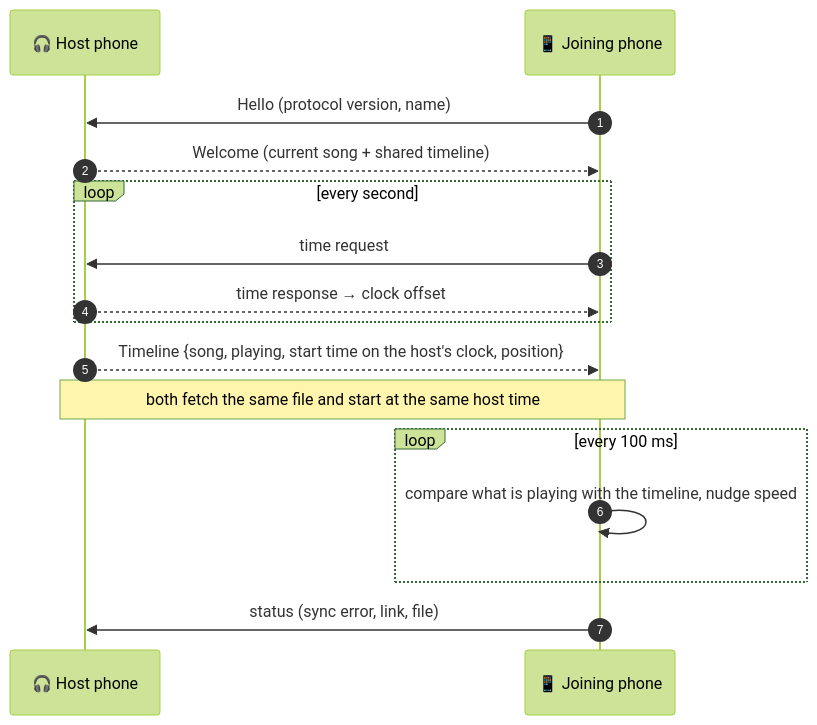
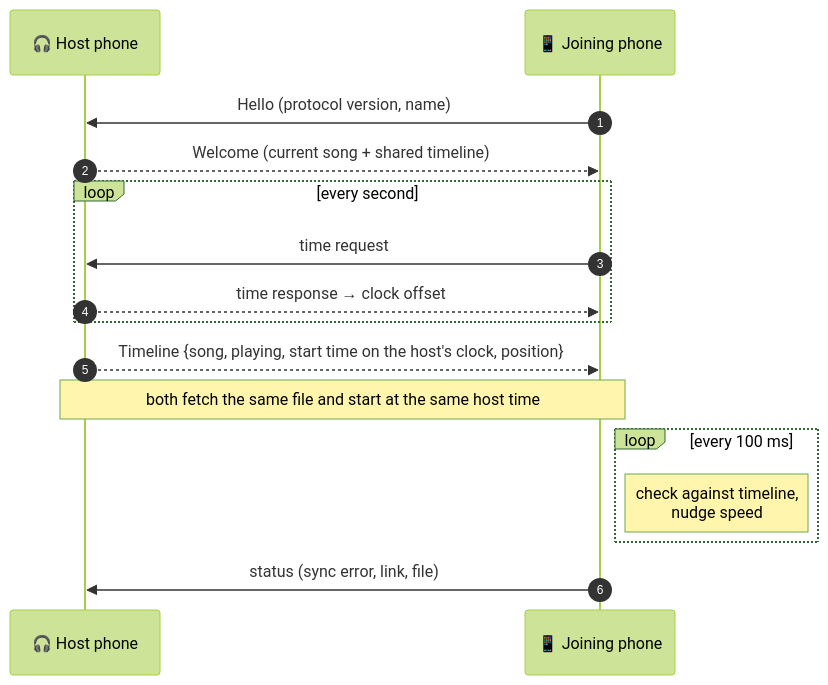
Before and after one commit to priencelucifer/SongSync-Kotlin: the first of 2 diagrams in README.md, drawn with Mermaid (forest theme).

Commit message:
README: cleaner closed-loop note in the sync diagram

````diff
--- a/README.md
+++ b/README.md
@@ -64,18 +64,18 @@
 ```mermaid
 sequenceDiagram
     autonumber
     participant H as 🎧 Host phone
     participant P as 📱 Joining phone
     P->>H: Hello (protocol version, name)
     H-->>P: Welcome (current song + shared timeline)
     loop every second
         P->>H: time request
         H-->>P: time response → clock offset
     end
     H-->>P: Timeline {song, playing, start time on the host's clock, position}
     Note over H,P: both fetch the same file and start at the same host time
     loop every 100 ms
-        P->>P: compare what is playing with the timeline, nudge speed
+        Note right of P: check against timeline,<br/>nudge speed
     end
     P->>H: status (sync error, link, file)
 ```
````
